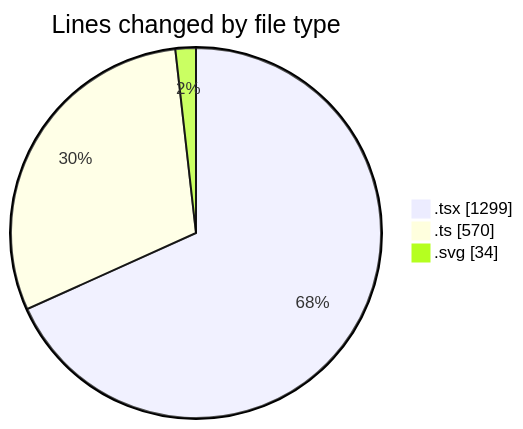
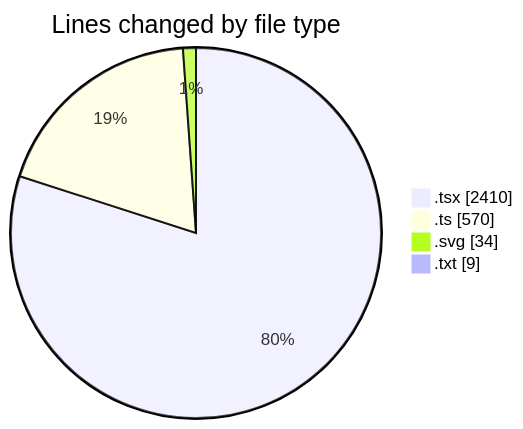
The first of 2 diagrams in 2025-05-21/fixme24/README.md (FixMe24/code-tracking), drawn with Mermaid before and after one commit. The commit also changed other lines of this file and 1 other file, not shown here.

````diff
--- a/2025-05-21/fixme24/README.md
+++ b/2025-05-21/fixme24/README.md
@@ -35,7 +41,8 @@
 ```mermaid
 pie showData
 title Lines changed by file type
-".tsx" : 1299
+".tsx" : 2410
 ".ts" : 570
 ".svg" : 34
+".txt" : 9
 ```
````
